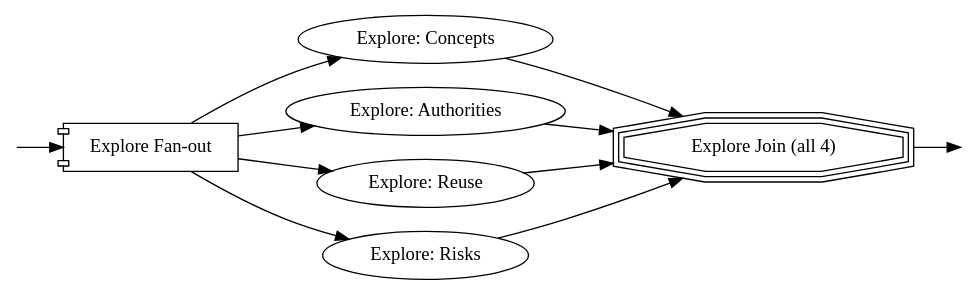
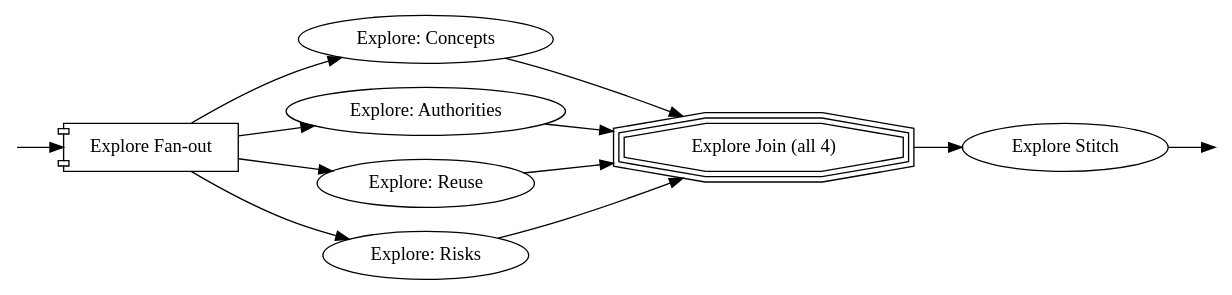
The diagram in pipelines/_base.dot (jleechanorg/dark-factory), drawn with Graphviz before and after one commit. The commit also changed 11 other files, not shown here.

First line of the commit message:
feat(dark-factory): explore-stitch + adversarial-review priority queue (fix PR #22 follow-up)

```diff
--- a/pipelines/_base.dot
+++ b/pipelines/_base.dot
@@ -1,76 +1,87 @@
 // pipelines/_base.dot
 //
 // Shared subgraph library for dark-factory feature lanes.
 // Every feature lane (lanes that have a plan/implement step) must
 // `include="@pipelines/_base.dot"` at the graph level.
 //
 // Provides the explore phase as a 4-way parallel fanout (Attractor parity):
 //
 //   explore_in -> explore_fanout -> {explore_concept,
 //                                    explore_auth,
 //                                    explore_reuse,
 //                                    explore_risks}
 //              -> explore_join (policy=wait_all)
+//              -> explore_stitch (codergen; reads 4 partials,
+//                                  writes explore-findings.md)
 //              -> explore_out
 //
 // Each sub-agent writes a distinct partial file under
-// .dark-factory/explore-<angle>.md. The lane's `plan` node is expected
-// to read those partials and stitch them into the final
-// .dark-factory/explore-findings.md before plan begins.
+// .dark-factory/explore-<angle>.md. The `explore_stitch` node then
+// consolidates the four partials into the final
+// .dark-factory/explore-findings.md that the lane's `plan` node
+// hard-requires (`prompts/slim/plan.md:6`).
 //
 // Lanes wire the base into their own topology with two edges:
 //
 //   start -> explore_in            // enter the explore phase
 //   explore_out -> <lane-next>     // exit the explore phase
 //
 // Exempt lanes (do NOT include this base):
 //   - pipelines/parallel_demo.dot  (fanout-topology demo)
 //   - pipelines/slim/review_pr.dot (review-only, no plan/implement)
 //
 // This file must NOT declare `start` or `exit`; the parser rejects any
 // included graph that does. Run the base directly will fail.
 
 digraph _base {
     graph [goal="base library — explore fanout; not directly runnable"]
     rankdir=LR
 
     // I/O anchor points (zero-width). Lanes wire to these.
     explore_in     [shape=point, width=0, height=0, label=""]
     explore_out    [shape=point, width=0, height=0, label=""]
 
     // 4-way parallel explore fanout.
     explore_fanout [type="parallel", label="Explore Fan-out", shape=component]
 
     explore_concept [type="codergen", class="explore",
                      label="Explore: Concepts",
                      prompt="@prompts/slim/explore_concept.md"]
 
     explore_auth    [type="codergen", class="explore",
                      label="Explore: Authorities",
                      prompt="@prompts/slim/explore_authorities.md"]
 
     explore_reuse   [type="codergen", class="explore",
                      label="Explore: Reuse",
                      prompt="@prompts/slim/explore_reuse.md"]
 
     explore_risks   [type="codergen", class="explore",
                      label="Explore: Risks",
                      prompt="@prompts/slim/explore_risks.md"]
 
     // All 4 sub-agents must succeed before the lane proceeds.
     explore_join    [type="join", policy="wait_all",
                      label="Explore Join (all 4)",
                      shape=tripleoctagon]
 
+    // Stitch: reads the 4 partials and writes the consolidated
+    // .dark-factory/explore-findings.md that the lane's `plan` node requires.
+    // Prompts/slim/explore.md is repurposed as the stitch prompt.
+    explore_stitch  [type="codergen", class="explore",
+                     label="Explore Stitch",
+                     prompt="@prompts/slim/explore.md"]
+
     // Wiring.
     explore_in     -> explore_fanout
     explore_fanout -> explore_concept
     explore_fanout -> explore_auth
     explore_fanout -> explore_reuse
     explore_fanout -> explore_risks
     explore_concept -> explore_join
     explore_auth    -> explore_join
     explore_reuse   -> explore_join
     explore_risks   -> explore_join
-    explore_join    -> explore_out
+    explore_join    -> explore_stitch
+    explore_stitch  -> explore_out
 }
```
